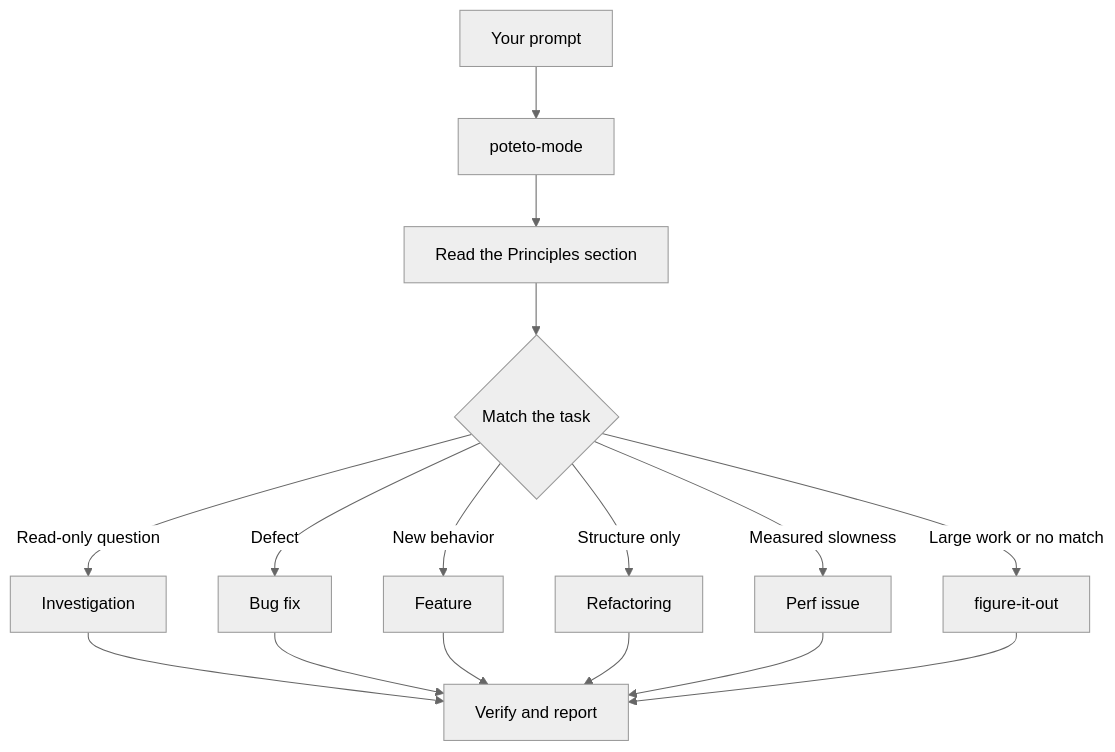
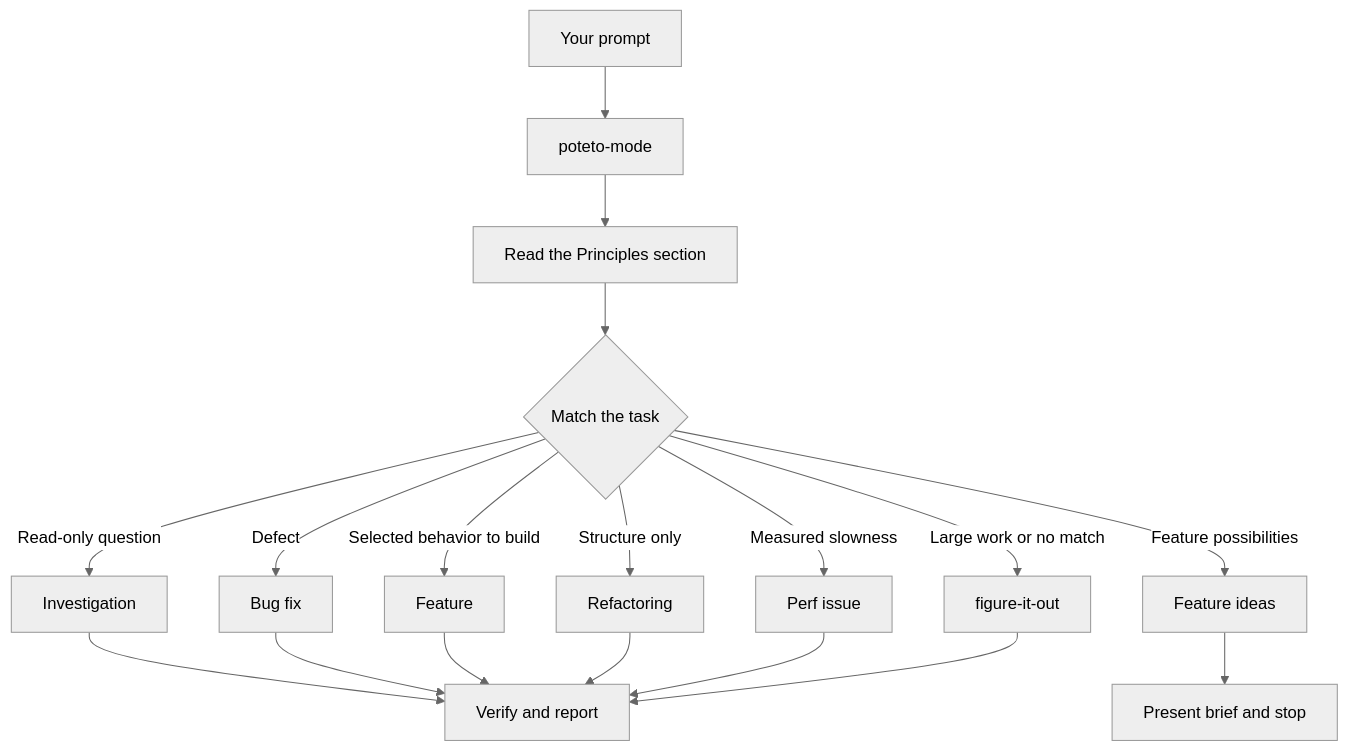
One commit to Uraxii/dotai changed the diagram in plugins/pstack/docs/guide/02-poteto-mode.md. Above: the diagram before and after it, drawn with Mermaid (neutral theme). The commit also changed other lines of this file and 9 other files, not shown here.

First line of the commit message:
feat(pstack): propose grounded feature ideas

````diff
--- a/plugins/pstack/docs/guide/02-poteto-mode.md
+++ b/plugins/pstack/docs/guide/02-poteto-mode.md
@@ -9,18 +9,20 @@
 ```mermaid
 flowchart TD
     A[Your prompt] --> B[poteto-mode]
     B --> C[Read the Principles section]
     C --> D{Match the task}
     D -->|Read-only question| E[Investigation]
     D -->|Defect| F[Bug fix]
-    D -->|New behavior| G[Feature]
+    D -->|Feature possibilities| L[Feature ideas]
+    L --> M[Present brief and stop]
+    D -->|Selected behavior to build| G[Feature]
     D -->|Structure only| H[Refactoring]
     D -->|Measured slowness| I[Perf issue]
     D -->|Large work or no match| J[figure-it-out]
     E --> K[Verify and report]
     F --> K
     G --> K
     H --> K
     I --> K
     J --> K
 ```
````
